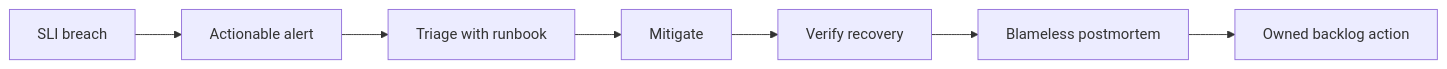
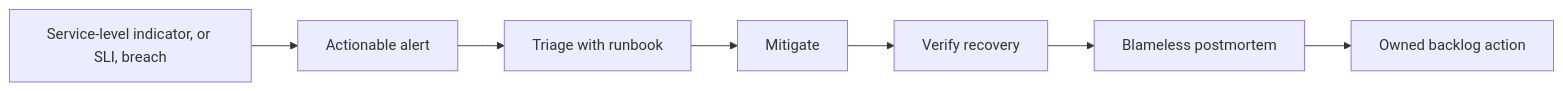
Before and after one commit to VikrantSingh01/Agentic_System_Design: the third of 3 diagrams in modules/07-production-architecture-operations/chapters/30-observability-and-sre.md, drawn with Mermaid. The commit also changed other lines of this file and 3 other files, not shown here.

Commit message:
Improve Module 7 diagram accessibility

````diff
--- a/modules/07-production-architecture-operations/chapters/30-observability-and-sre.md
+++ b/modules/07-production-architecture-operations/chapters/30-observability-and-sre.md
@@ -58,9 +59,9 @@
 ```mermaid
 flowchart LR
-    S[SLI breach] --> A[Actionable alert]
+    S[Service-level indicator, or SLI, breach] --> A[Actionable alert]
     A --> T[Triage with runbook]
     T --> M[Mitigate]
     M --> V[Verify recovery]
     V --> P[Blameless postmortem]
     P --> B[Owned backlog action]
 ```
````
